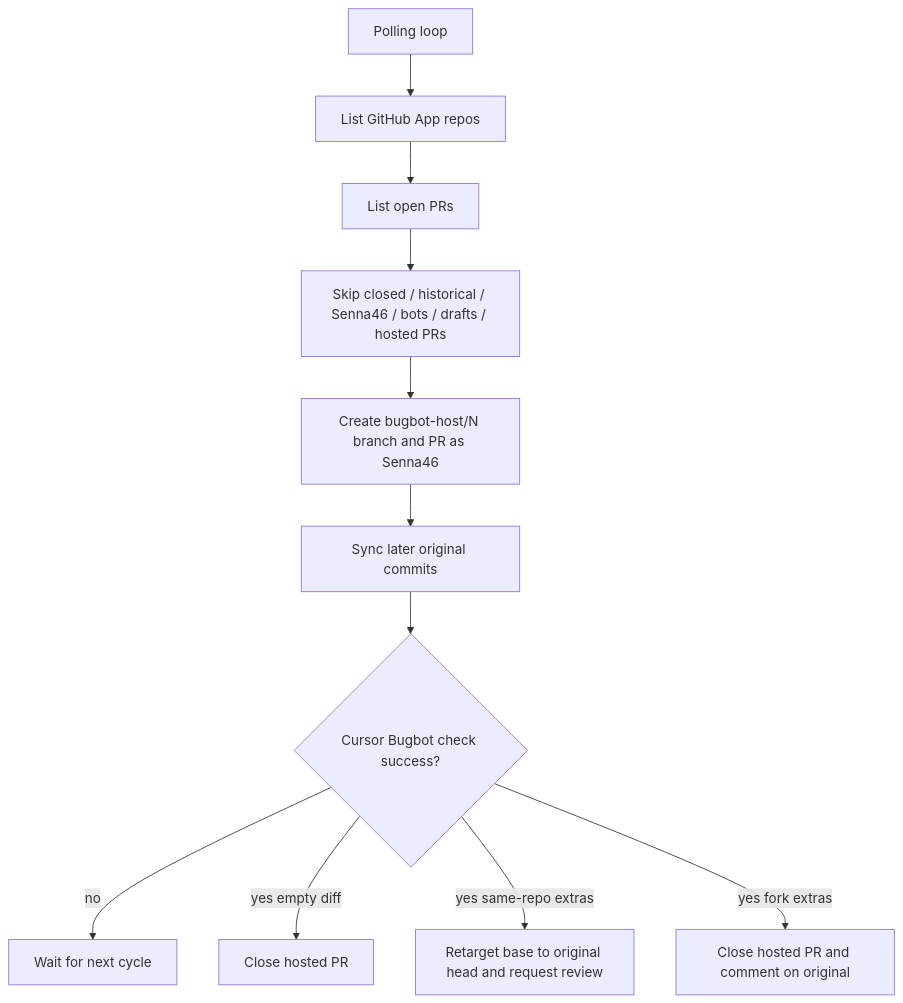
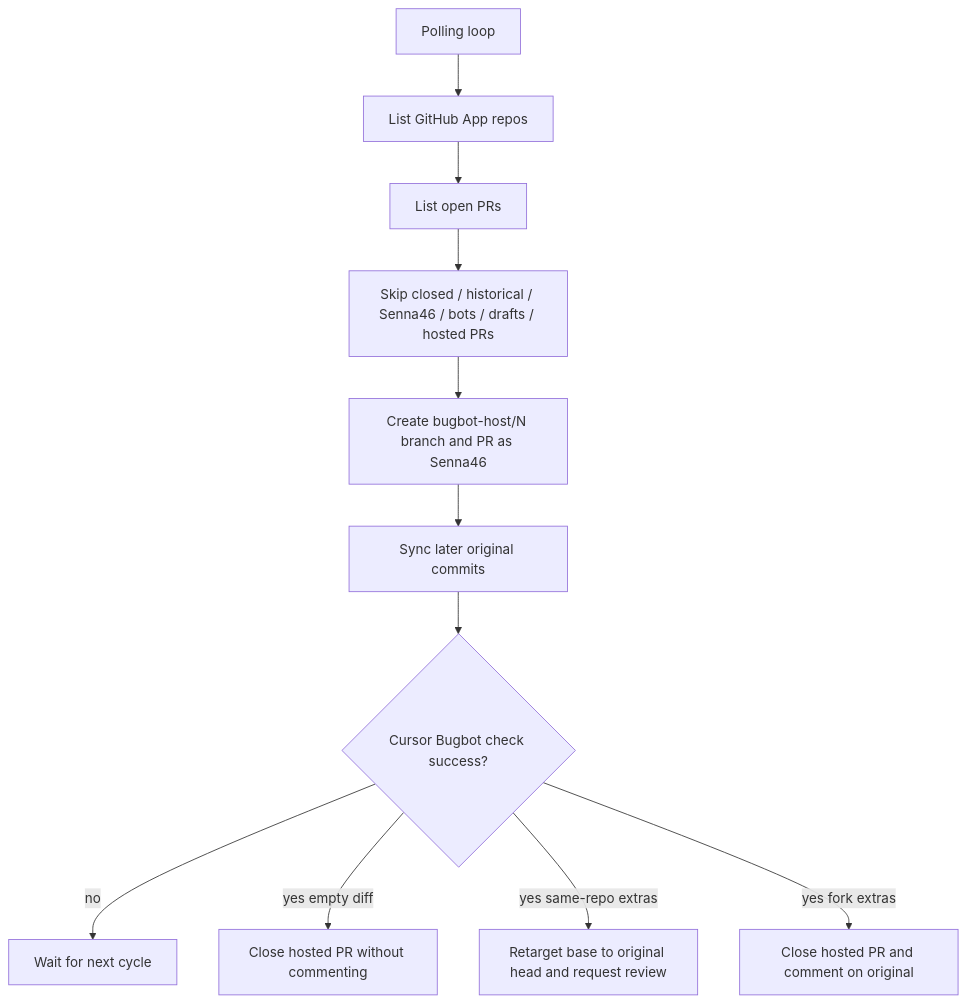
Before and after one commit to Senna46/bugbot-host: the diagram in README.md, drawn with Mermaid. The commit also changed other lines of this file and 5 other files, not shown here.

````diff
--- a/README.md
+++ b/README.md
@@ -118,13 +118,13 @@
 ```mermaid
 flowchart TD
   Poll[Polling loop] --> ListRepos[List GitHub App repos]
   ListRepos --> OpenPrs[List open PRs]
   OpenPrs --> Filter[Skip closed / historical / Senna46 / bots / drafts / hosted PRs]
   Filter --> Create[Create bugbot-host/N branch and PR as Senna46]
   Create --> Sync[Sync later original commits]
   Sync --> Bugbot{Cursor Bugbot check success?}
   Bugbot -->|no| Wait[Wait for next cycle]
-  Bugbot -->|yes empty diff| Close[Close hosted PR]
+  Bugbot -->|yes empty diff| Close[Close hosted PR without commenting]
   Bugbot -->|yes same-repo extras| Retarget[Retarget base to original head and request review]
   Bugbot -->|yes fork extras| Comment[Close hosted PR and comment on original]
 ```
````
